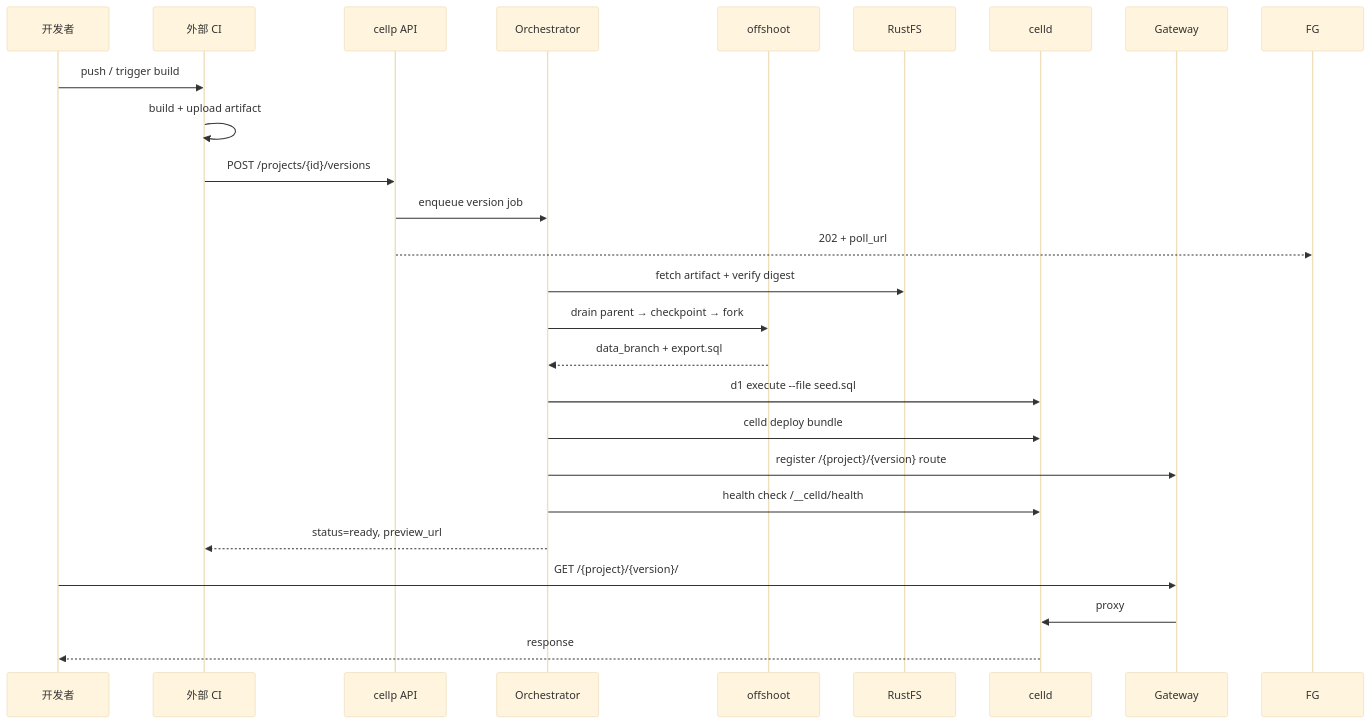
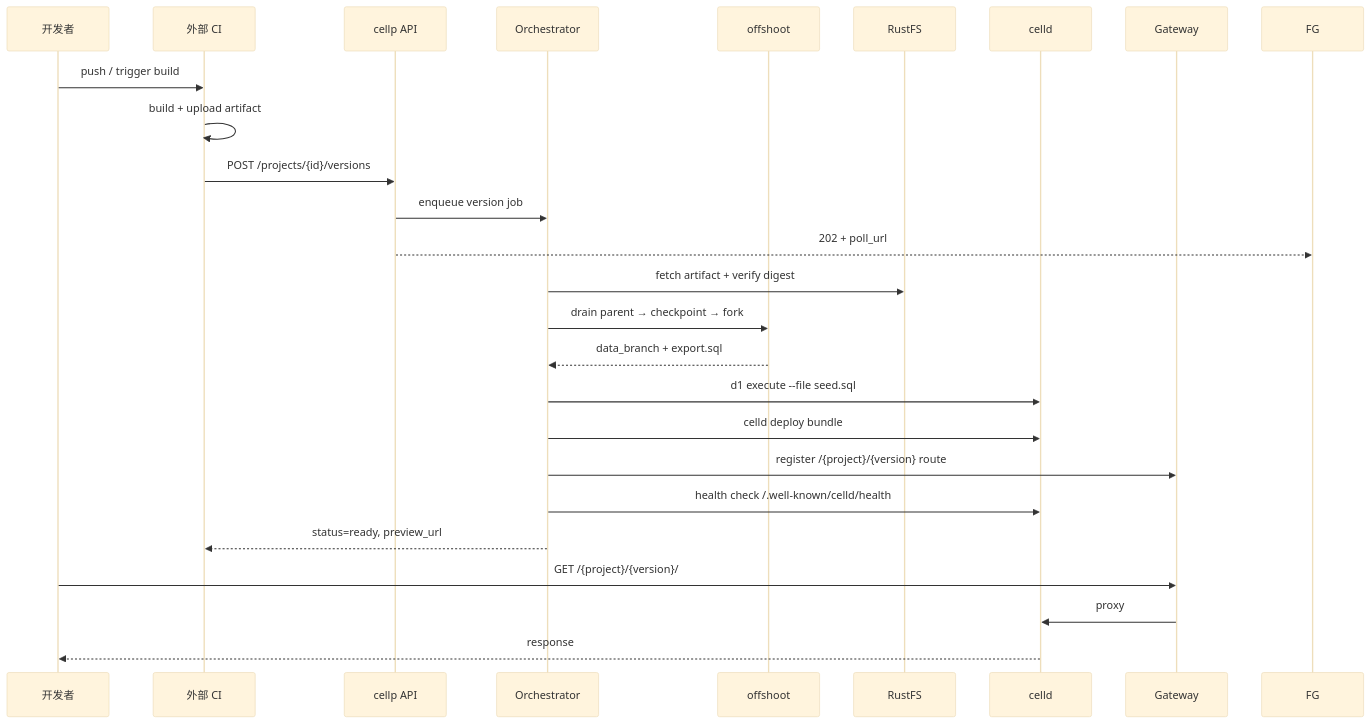
The second of 5 diagrams in DESIGN.md (KonghaYao/cellp), drawn with Mermaid (base theme) before and after one commit. The commit also changed other lines of this file and 100 other files, not shown here.

````diff
--- a/DESIGN.md
+++ b/DESIGN.md
@@ -211,30 +214,30 @@
 ```mermaid
 sequenceDiagram
   participant Dev as 开发者
   participant CI as 外部 CI
   participant API as cellp API
   participant Orch as Orchestrator
   participant OS as offshoot
   participant OBJ as RustFS
   participant CLD as celld
   participant GW as Gateway
 
   Dev->>CI: push / trigger build
   CI->>CI: build + upload artifact
   CI->>API: POST /projects/{id}/versions
   API->>Orch: enqueue version job
   API-->>FG: 202 + poll_url
 
   Orch->>OBJ: fetch artifact + verify digest
   Orch->>OS: drain parent → checkpoint → fork
   OS-->>Orch: data_branch + export.sql
   Orch->>CLD: d1 execute --file seed.sql
   Orch->>CLD: celld deploy bundle
   Orch->>GW: register /{project}/{version} route
-  Orch->>CLD: health check /__celld/health
+  Orch->>CLD: health check /.well-known/celld/health
   Orch-->>CI: status=ready, preview_url
 
   Dev->>GW: GET /{project}/{version}/
   GW->>CLD: proxy
   CLD-->>Dev: response
 ```
````
